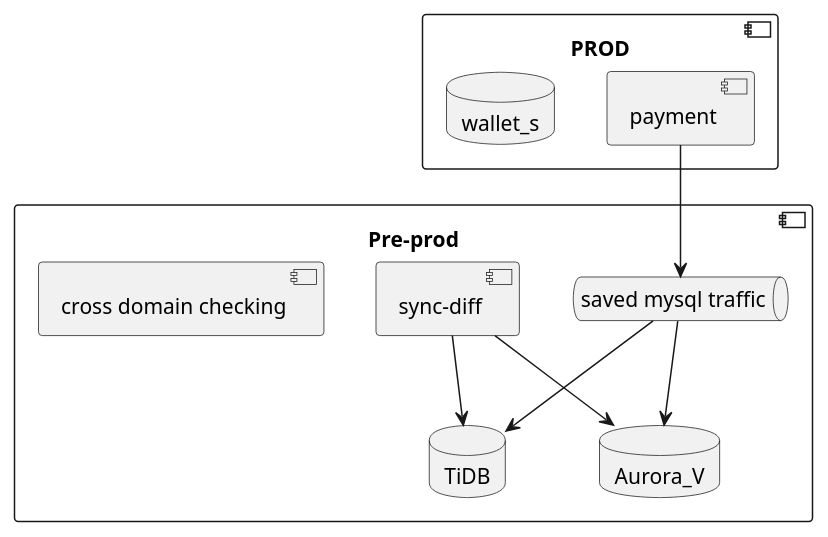
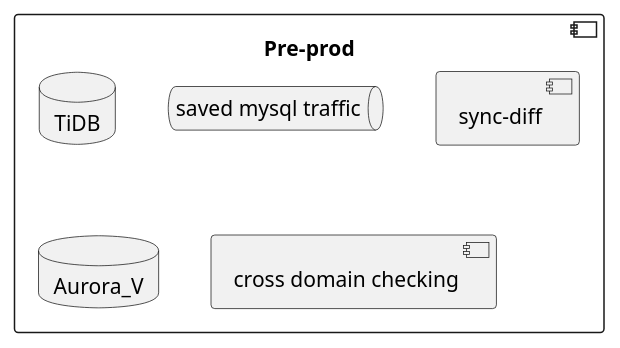
Before and after one commit to george24601/notes: the fourth of 7 diagrams in mgmt/plan.plantuml, drawn with PlantUML. The commit also changed other lines of this file and 17 other files, not shown here.

```diff
--- a/mgmt/plan.plantuml
+++ b/mgmt/plan.plantuml
@@ -37,24 +46,10 @@
 @startuml
 
 component [Pre-prod] {
 database TiDB
 queue "saved mysql traffic" as traffic 
 [sync-diff] as sd
 database Aurora_V
 [cross domain checking] as cd
 }
-
-component [PROD] {
-[payment] as srv
-database wallet_s
-}
-
-
-srv --> traffic
-traffic --> Aurora_V
-traffic --> TiDB
-
-sd --> TiDB
-
-sd --> Aurora_V
 @enduml
```
